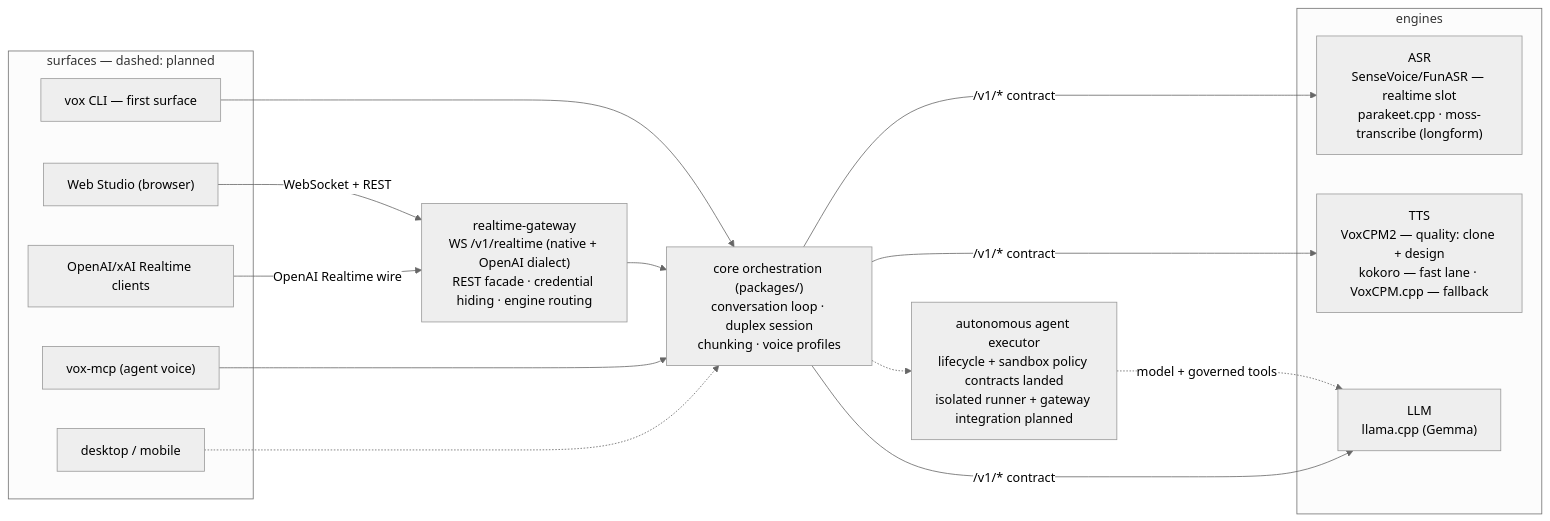
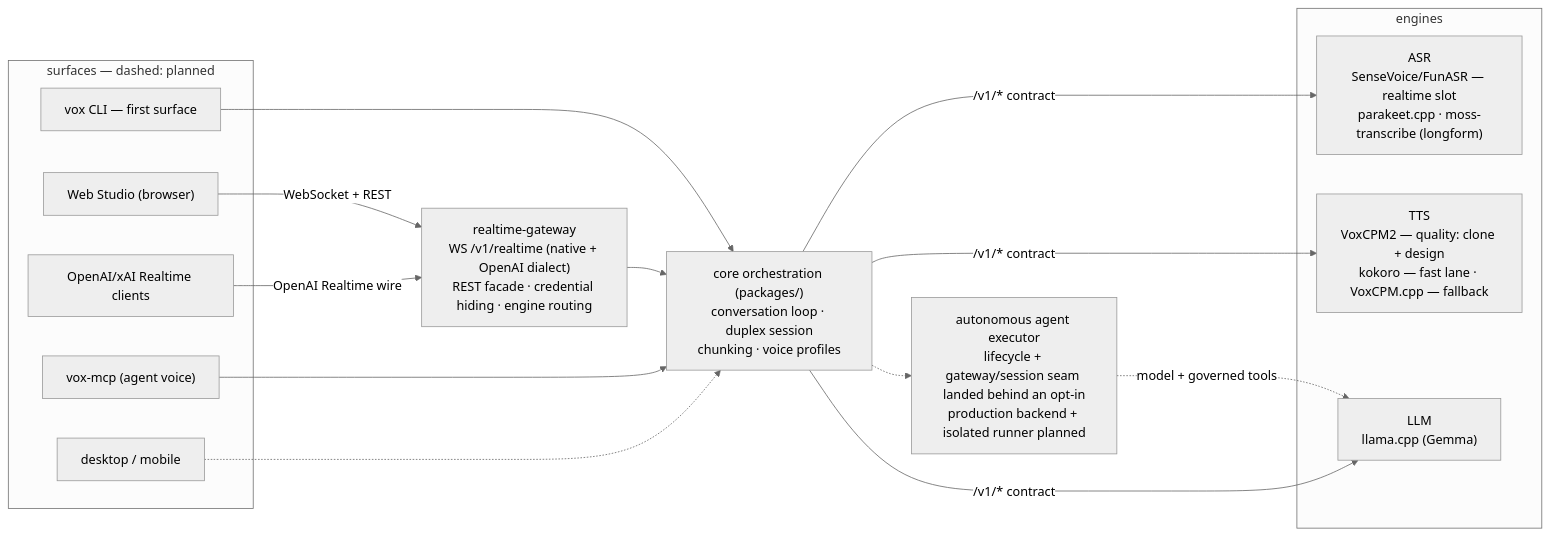
Before and after one commit to liuzl/voxstudio: the diagram in README.md, drawn with Mermaid (neutral theme). The commit also changed other lines of this file and 2 other files, not shown here.

Commit message:
docs: reconcile autonomous agent status

````diff
--- a/README.md
+++ b/README.md
@@ -9,26 +9,26 @@
 ```mermaid
 flowchart LR
   subgraph surfaces["surfaces — dashed: planned"]
     CLI["vox CLI — first surface"]
     WEB["Web Studio (browser)"]
     MCP["vox-mcp (agent voice)"]
     OAI["OpenAI/xAI Realtime clients"]
     APP["desktop / mobile"]
   end
   GW["realtime-gateway<br/>WS /v1/realtime (native + OpenAI dialect)<br/>REST facade · credential hiding · engine routing"]
   CORE["core orchestration (packages/)<br/>conversation loop · duplex session<br/>chunking · voice profiles"]
-  AGENT["autonomous agent executor<br/>lifecycle + sandbox policy contracts landed<br/>isolated runner + gateway integration planned"]
+  AGENT["autonomous agent executor<br/>lifecycle + gateway/session seam landed behind an opt-in<br/>production backend + isolated runner planned"]
   subgraph engines["engines"]
     ASR["ASR<br/>SenseVoice/FunASR — realtime slot<br/>parakeet.cpp · moss-transcribe (longform)"]
     TTS["TTS<br/>VoxCPM2 — quality: clone + design<br/>kokoro — fast lane · VoxCPM.cpp — fallback"]
     LLM["LLM<br/>llama.cpp (Gemma)"]
   end
   CLI --> CORE
   WEB -->|"WebSocket + REST"| GW --> CORE
   OAI -->|"OpenAI Realtime wire"| GW
   MCP --> CORE
   APP -.-> CORE
   CORE -.-> AGENT
   AGENT -.->|"model + governed tools"| LLM
   CORE -->|"/v1/* contract"| ASR & TTS & LLM
 ```
````
